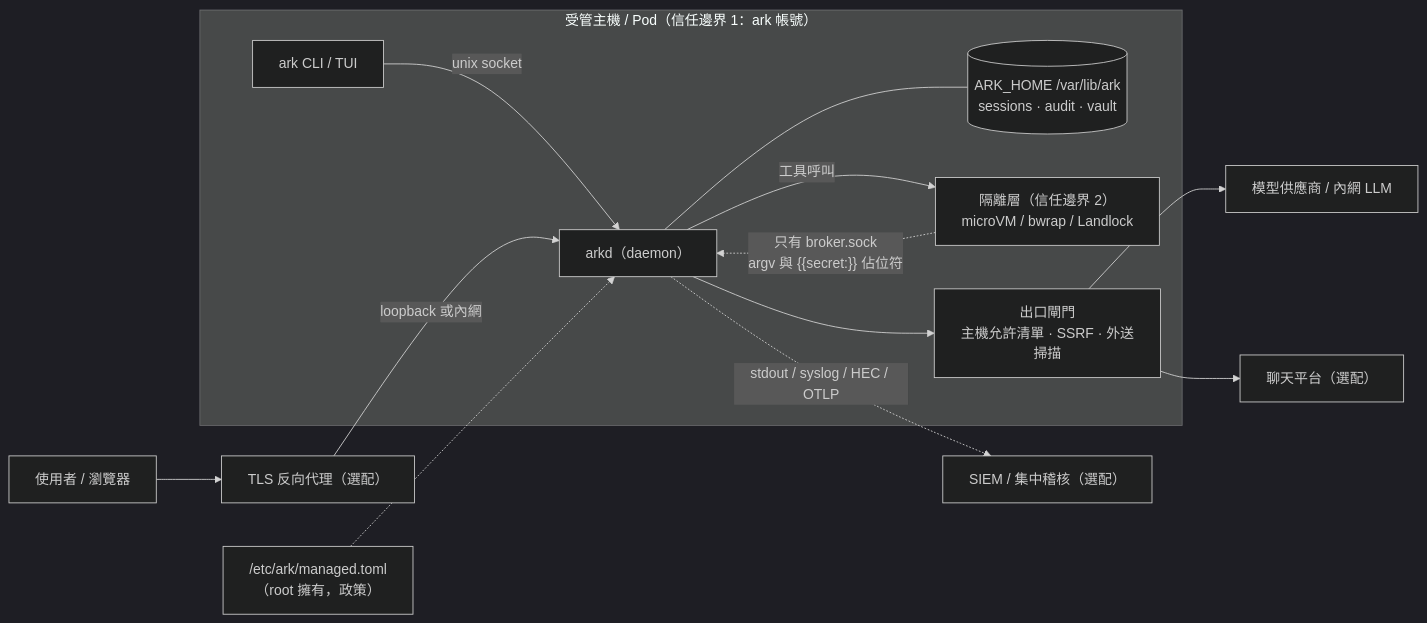
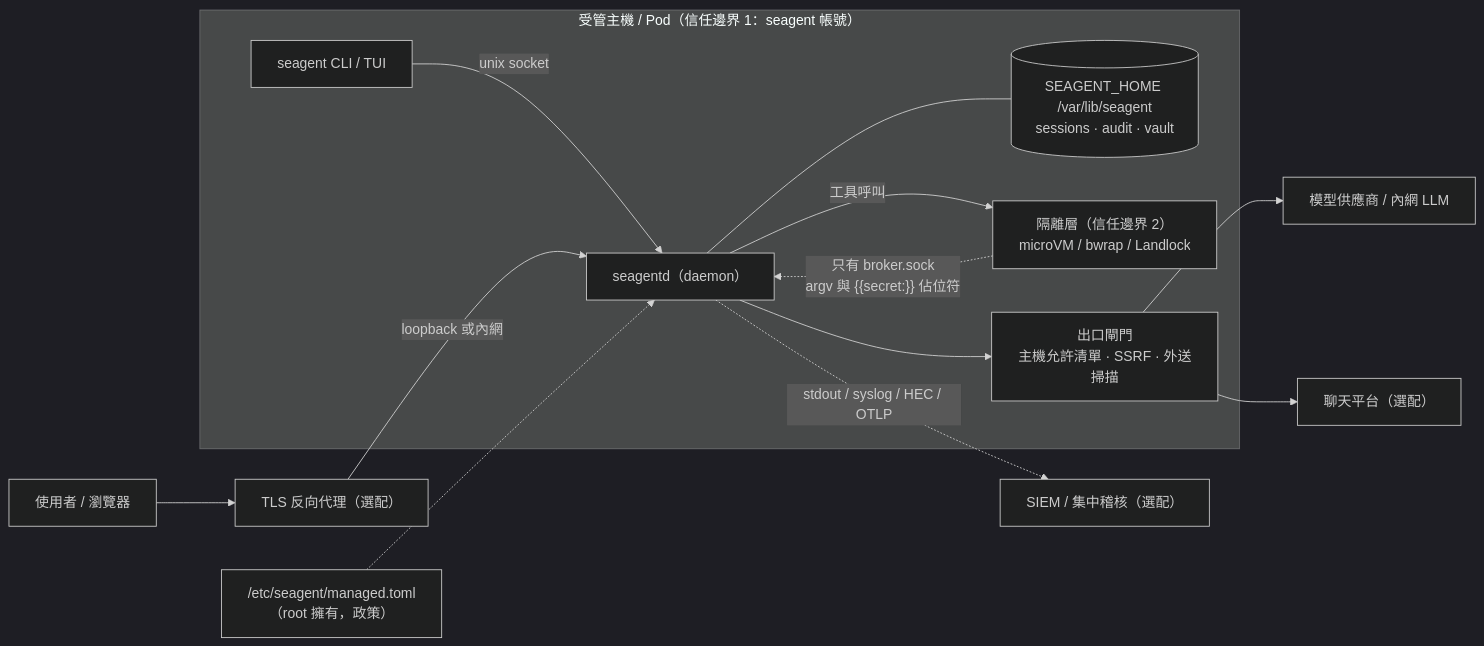
Before and after one commit to Noob-2006/Bulge: the first of 5 diagrams in docs/enterprise/deployment-architecture.md, drawn with Mermaid (dark theme). The commit also changed other lines of this file and 2103 other files, not shown here.

````diff
--- a/docs/enterprise/deployment-architecture.md
+++ b/docs/enterprise/deployment-architecture.md
@@ -7,16 +7,16 @@
 ```mermaid
 flowchart LR
-  subgraph host["受管主機 / Pod（信任邊界 1：ark 帳號）"]
-    cli["ark CLI / TUI"] -- unix socket --> d["arkd（daemon）"]
-    d --- state[("ARK_HOME /var/lib/ark<br/>sessions · audit · vault")]
+  subgraph host["受管主機 / Pod（信任邊界 1：seagent 帳號）"]
+    cli["seagent CLI / TUI"] -- unix socket --> d["seagentd（daemon）"]
+    d --- state[("SEAGENT_HOME /var/lib/seagent<br/>sessions · audit · vault")]
     d -->|"工具呼叫"| sb["隔離層（信任邊界 2）<br/>microVM / bwrap / Landlock"]
     sb -.->|"只有 broker.sock<br/>argv 與 {{secret:}} 佔位符"| d
     d --> eg["出口閘門<br/>主機允許清單 · SSRF · 外送掃描"]
   end
   eg --> llm["模型供應商 / 內網 LLM"]
   eg --> chat["聊天平台（選配）"]
   d -. "stdout / syslog / HEC / OTLP" .-> siem["SIEM / 集中稽核（選配）"]
   proxy["TLS 反向代理（選配）"] -- "loopback 或內網" --> d
   user["使用者 / 瀏覽器"] --> proxy
-  mp["/etc/ark/managed.toml<br/>（root 擁有，政策）"] -.-> d
+  mp["/etc/seagent/managed.toml<br/>（root 擁有，政策）"] -.-> d
 ```
````
